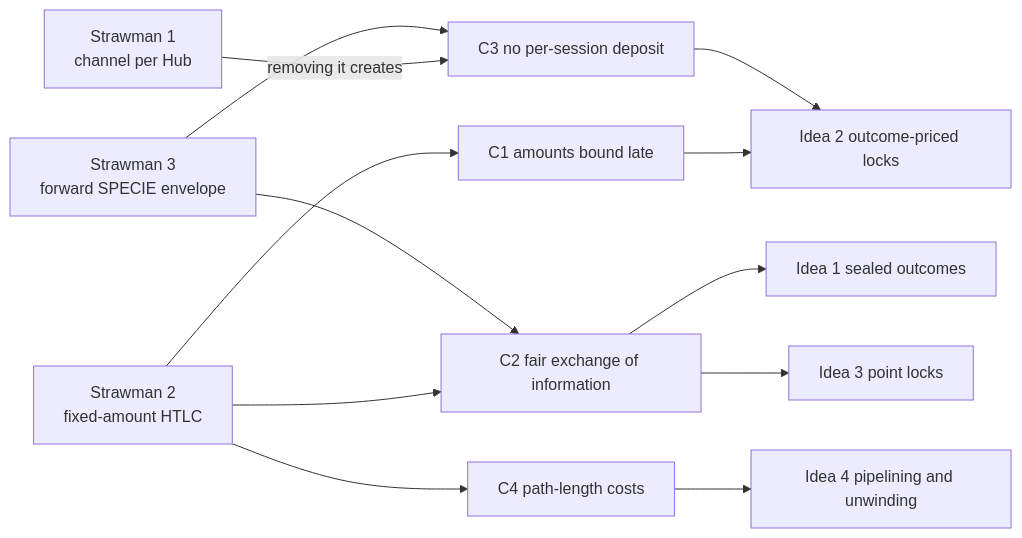
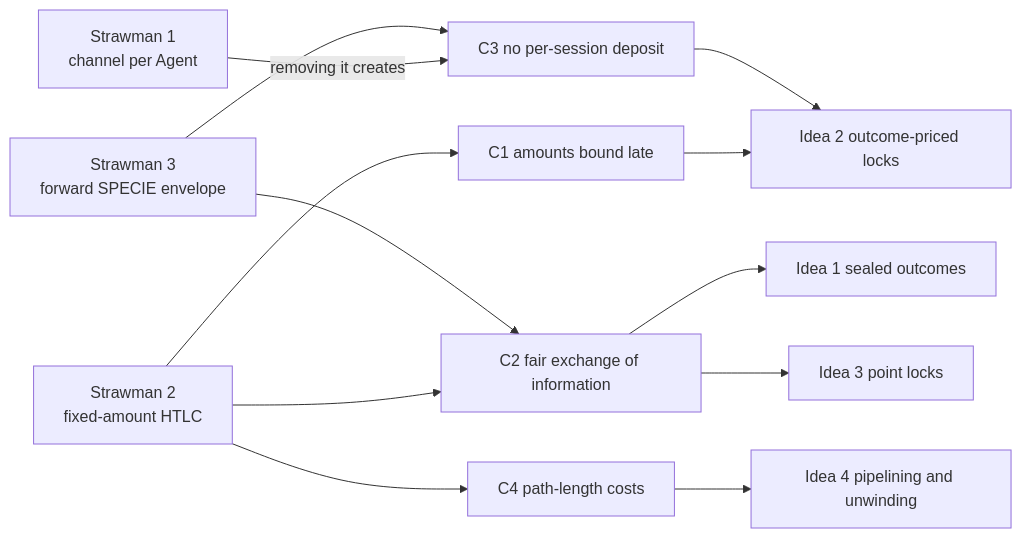
The ninth of 27 diagrams in specroute_paper_draft.md (MDOmerDanish/project-idea), drawn with Mermaid before and after one commit. The commit also changed other lines of this file, not shown here.

````diff
--- a/specroute_paper_draft.md
+++ b/specroute_paper_draft.md
@@ -296,25 +298,25 @@
 ```mermaid
 flowchart LR
-    S1["Strawman 1<br/>channel per Hub"]
+    S1["Strawman 1<br/>channel per Agent"]
     S2["Strawman 2<br/>fixed-amount HTLC"]
     S3["Strawman 3<br/>forward SPECIE envelope"]
     CH1["C1 amounts bound late"]
     CH2["C2 fair exchange of information"]
     CH3["C3 no per-session deposit"]
     CH4["C4 path-length costs"]
     J1["Idea 1 sealed outcomes"]
     J2["Idea 2 outcome-priced locks"]
     J3["Idea 3 point locks"]
     J4["Idea 4 pipelining and unwinding"]
     S1 -- "removing it creates" --> CH3
     S2 --> CH1
     S2 --> CH2
     S2 --> CH4
     S3 --> CH2
     S3 --> CH3
     CH1 --> J2
     CH2 --> J1
     CH2 --> J3
     CH3 --> J2
     CH4 --> J4
 ```
````
